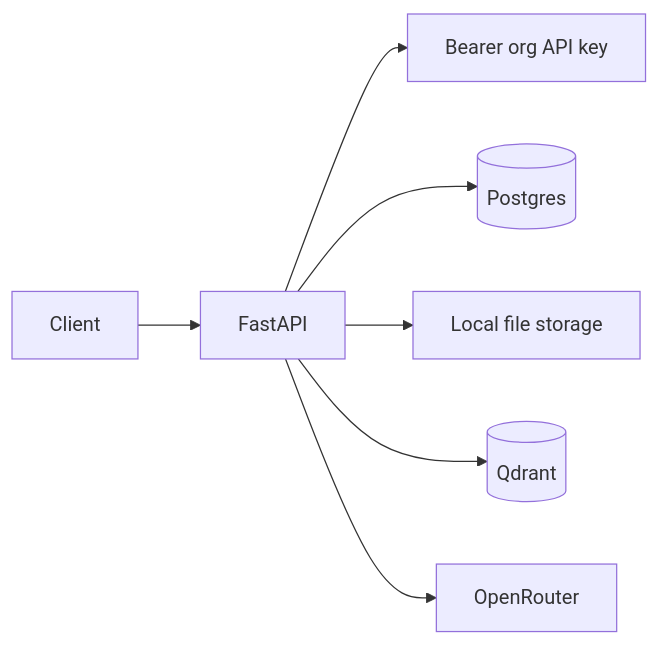
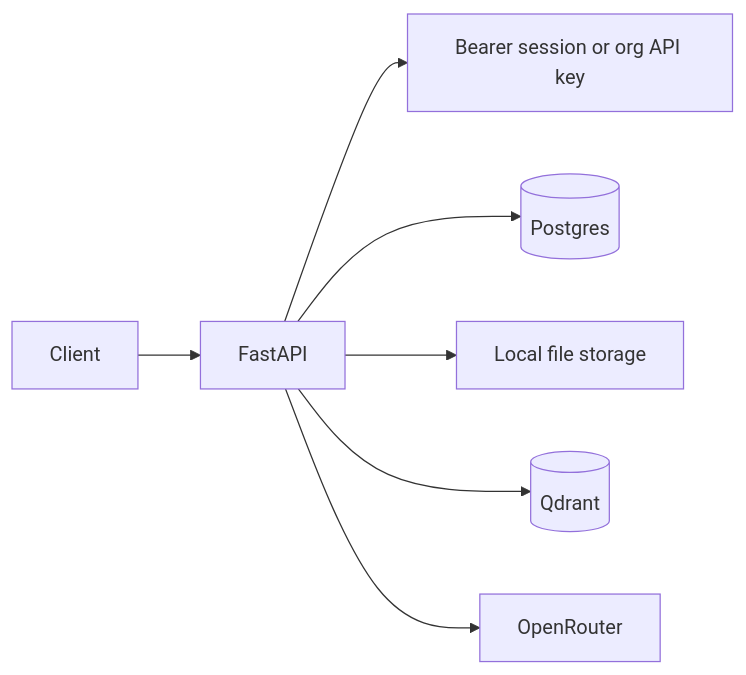
Before and after one commit to Kartikye2810-git/sentineth-product-codebase: the first of 4 diagrams in docs/PROJECT_STATUS_SEPT_2026.md, drawn with Mermaid. The commit also changed other lines of this file and 48 other files, not shown here.

````diff
--- a/docs/PROJECT_STATUS_SEPT_2026.md
+++ b/docs/PROJECT_STATUS_SEPT_2026.md
@@ -51,9 +68,9 @@
 ```mermaid
 flowchart LR
   Client --> API[FastAPI]
-  API --> Auth[Bearer org API key]
+  API --> Auth[Bearer session or org API key]
   API --> PG[(Postgres)]
   API --> Store[Local file storage]
   API --> Q[(Qdrant)]
   API --> LLM[OpenRouter]
 ```
````
